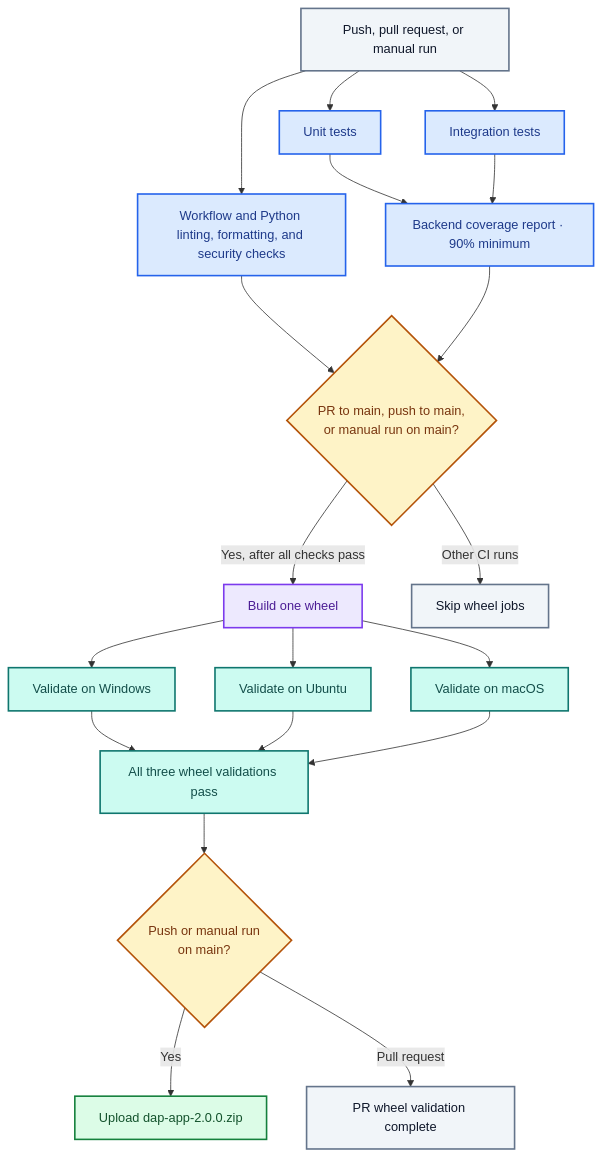
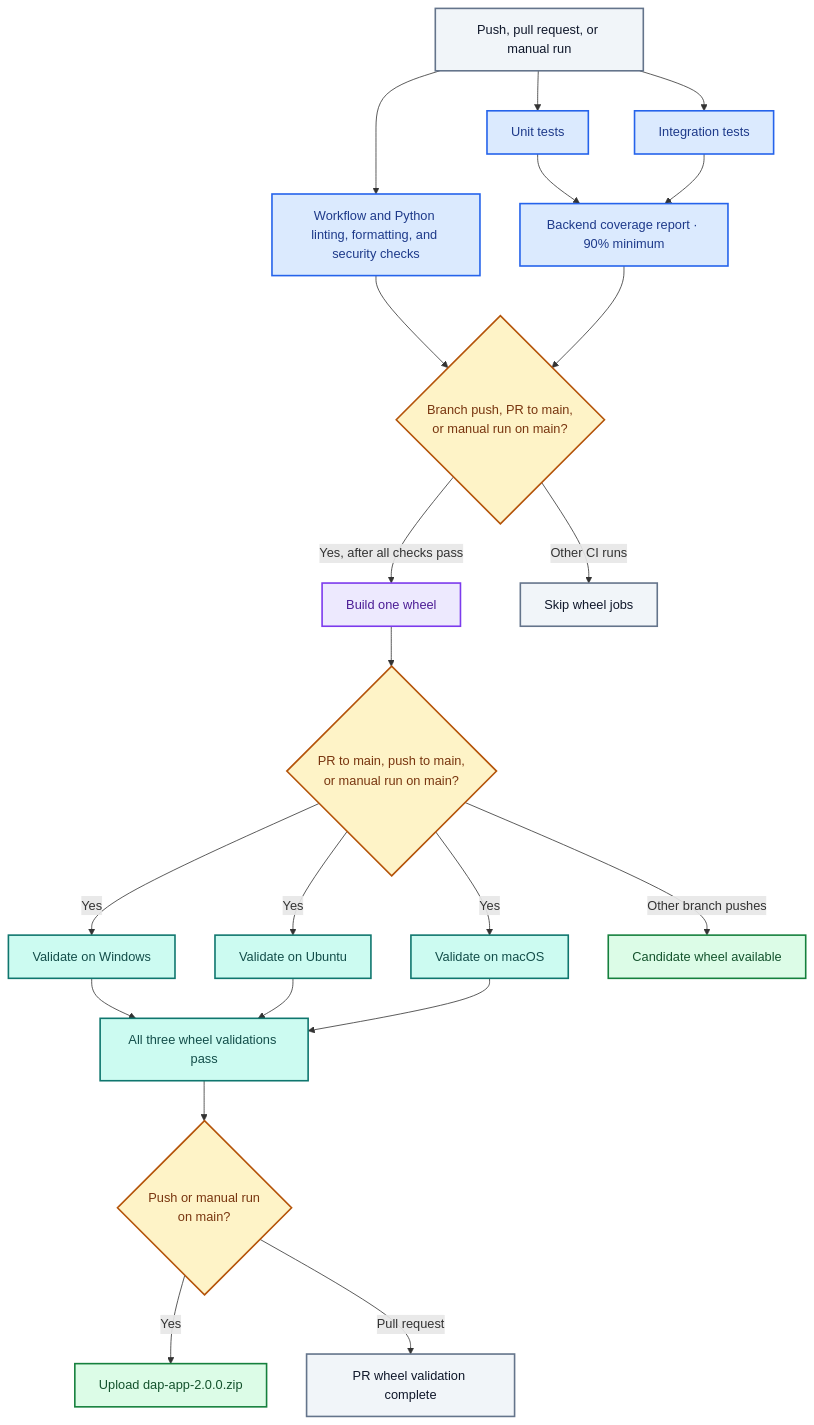
The second of 3 diagrams in README.md (OllieOzzy/cmsc495-social-worker-ai-assistant), drawn with Mermaid before and after one commit. The commit also changed other lines of this file and 2 other files, not shown here.

Commit message:
Update CI pipeline to allow build on branch pushes.

````diff
--- a/README.md
+++ b/README.md
@@ -347,39 +347,41 @@
 ```mermaid
 flowchart TD
     Start["Push, pull request, or manual run"]
     Start --> Checks["Workflow and Python linting, formatting, and security checks"]
     Start --> Unit["Unit tests"]
     Start --> Integration["Integration tests"]
 
     Unit --> Coverage["Backend coverage report · 90% minimum"]
     Integration --> Coverage
-    Checks --> Eligible{"PR to main, push to main,<br/>or manual run on main?"}
+    Checks --> Eligible{"Branch push, PR to main,<br/>or manual run on main?"}
     Coverage --> Eligible
     Eligible -->|"Yes, after all checks pass"| Build["Build one wheel"]
     Eligible -->|"Other CI runs"| Skip["Skip wheel jobs"]
 
-    Build --> Windows["Validate on Windows"]
-    Build --> Linux["Validate on Ubuntu"]
-    Build --> Mac["Validate on macOS"]
+    Build --> ValidateEligible{"PR to main, push to main,<br/>or manual run on main?"}
+    ValidateEligible -->|"Yes"| Windows["Validate on Windows"]
+    ValidateEligible -->|"Yes"| Linux["Validate on Ubuntu"]
+    ValidateEligible -->|"Yes"| Mac["Validate on macOS"]
+    ValidateEligible -->|"Other branch pushes"| Candidate["Candidate wheel available"]
 
     Windows --> Validated["All three wheel validations pass"]
     Linux --> Validated
     Mac --> Validated
     Validated --> ReleaseEligible{"Push or manual run<br/>on main?"}
     ReleaseEligible -->|"Yes"| Upload["Upload dap-app-2.0.0.zip"]
     ReleaseEligible -->|"Pull request"| Ready["PR wheel validation complete"]
 
     classDef trigger fill:#F1F5F9,stroke:#64748B,color:#0F172A,stroke-width:2px
     classDef checks fill:#DBEAFE,stroke:#2563EB,color:#1E3A8A,stroke-width:2px
     classDef build fill:#EDE9FE,stroke:#7C3AED,color:#4C1D95,stroke-width:2px
     classDef validation fill:#CCFBF1,stroke:#0F766E,color:#134E4A,stroke-width:2px
     classDef decision fill:#FEF3C7,stroke:#B45309,color:#78350F,stroke-width:2px
     classDef artifact fill:#DCFCE7,stroke:#15803D,color:#14532D,stroke-width:2px
 
     class Start,Skip,Ready trigger
     class Checks,Unit,Integration,Coverage checks
     class Build build
     class Windows,Linux,Mac,Validated validation
-    class Eligible,ReleaseEligible decision
-    class Upload artifact
+    class Eligible,ValidateEligible,ReleaseEligible decision
+    class Upload,Candidate artifact
 ```
````
